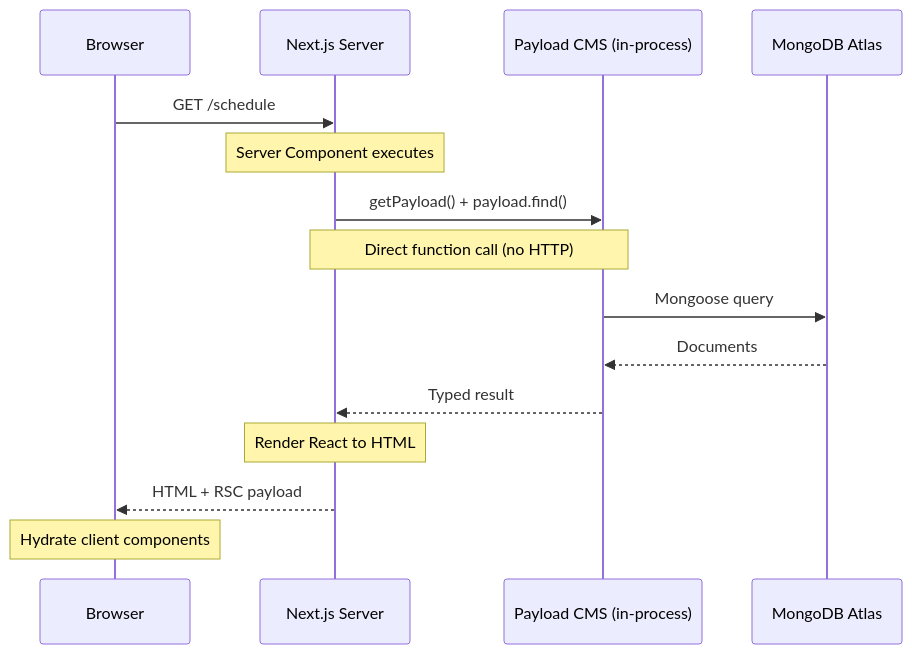
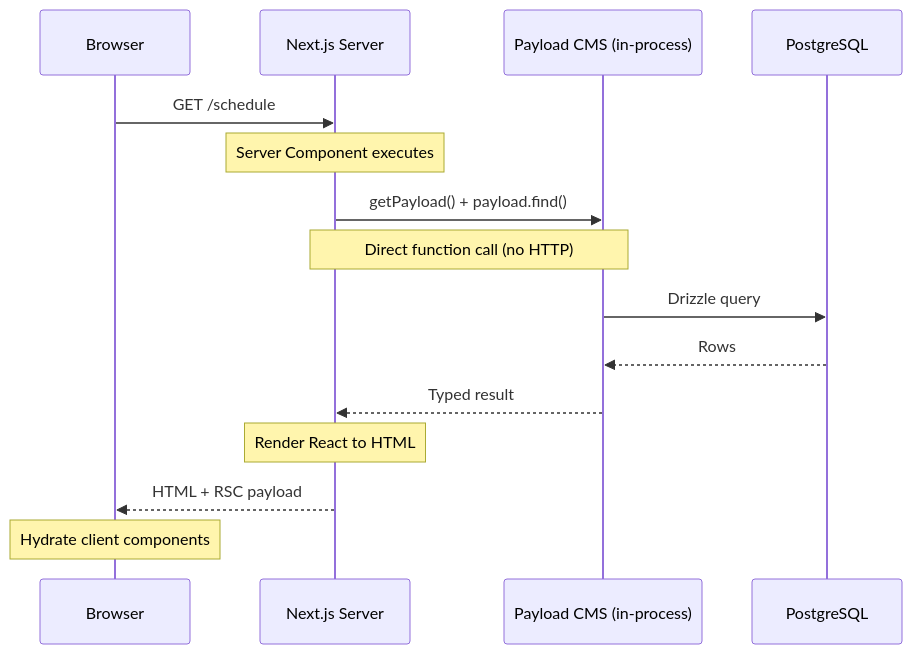
One commit to proutyio/ocfcrews-docs changed the first of 5 diagrams in docs/architecture/data-flow.md. Above: the diagram before and after it, drawn with Mermaid. The commit also changed other lines of this file and 34 other files, not shown here.

````diff
--- a/docs/architecture/data-flow.md
+++ b/docs/architecture/data-flow.md
@@ -27,18 +27,18 @@
 ```mermaid
 sequenceDiagram
     participant Browser
     participant Next as Next.js Server
     participant Payload as Payload CMS (in-process)
-    participant DB as MongoDB Atlas
+    participant DB as PostgreSQL
 
     Browser->>Next: GET /schedule
     Note over Next: Server Component executes
     Next->>Payload: getPayload() + payload.find()
     Note over Next,Payload: Direct function call (no HTTP)
-    Payload->>DB: Mongoose query
-    DB-->>Payload: Documents
+    Payload->>DB: Drizzle query
+    DB-->>Payload: Rows
     Payload-->>Next: Typed result
     Note over Next: Render React to HTML
     Next-->>Browser: HTML + RSC payload
     Note over Browser: Hydrate client components
 ```
````
